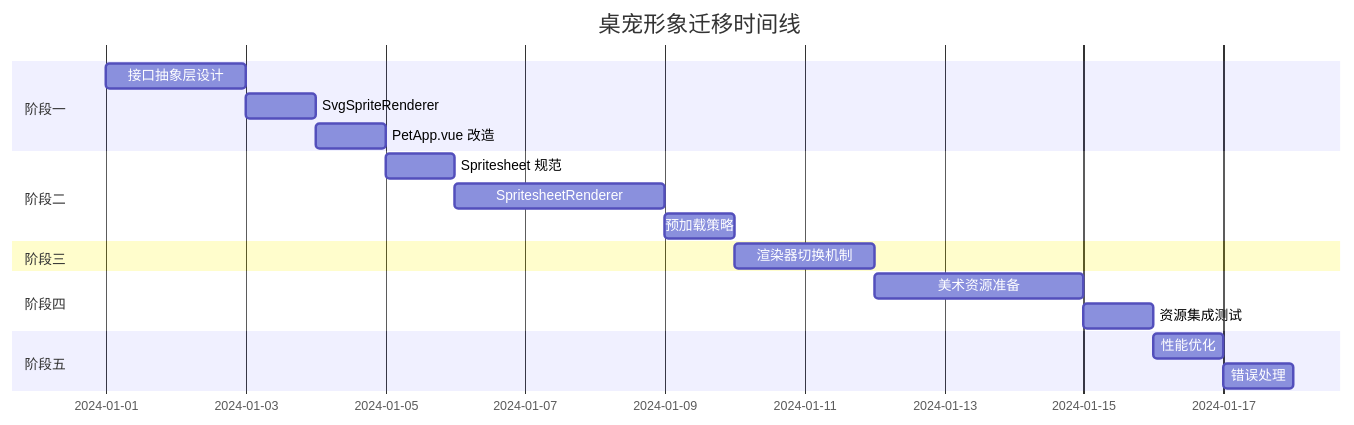
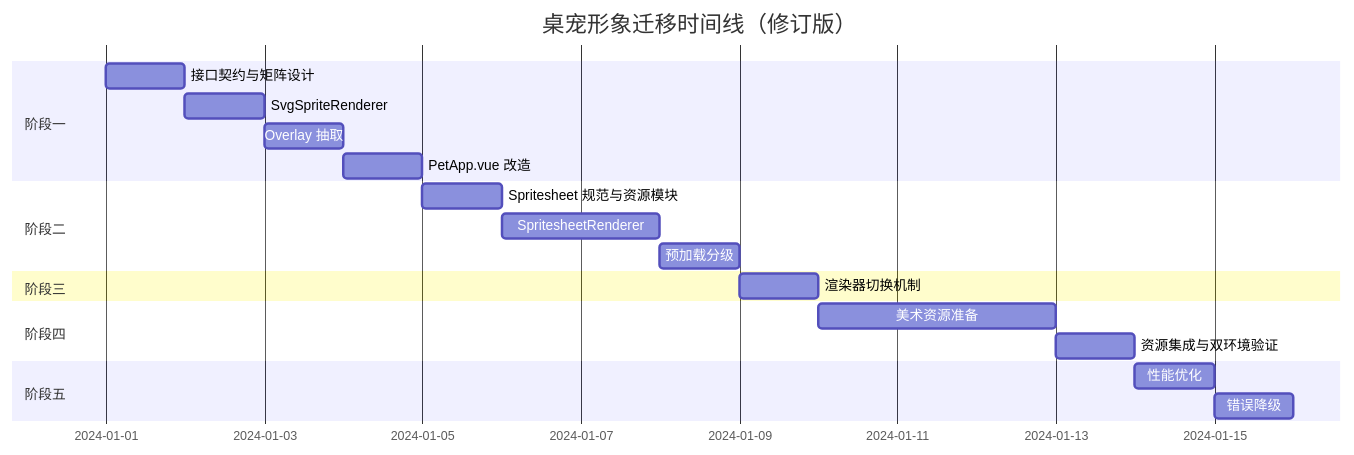
Before and after one commit to zjwan461/sassy-cat: the diagram in plans/pet-sprite-migration-plan.md, drawn with Mermaid. The commit also changed other lines of this file and 4 other files, not shown here.

````diff
--- a/plans/pet-sprite-migration-plan.md
+++ b/plans/pet-sprite-migration-plan.md
@@ -673,21 +717,22 @@
 ```mermaid
 gantt
-    title 桌宠形象迁移时间线
+    title 桌宠形象迁移时间线（修订版）
     dateFormat  YYYY-MM-DD
     section 阶段一
-    接口抽象层设计       :a1, 2024-01-01, 2d
-    SvgSpriteRenderer   :a2, after a1, 1d
-    PetApp.vue 改造      :a3, after a2, 1d
+    接口契约与矩阵设计     :a1, 2024-01-01, 1d
+    SvgSpriteRenderer      :a2, after a1, 1d
+    Overlay 抽取            :a3, after a2, 1d
+    PetApp.vue 改造         :a4, after a3, 1d
     section 阶段二
-    Spritesheet 规范     :b1, after a3, 1d
-    SpritesheetRenderer :b2, after b1, 3d
-    预加载策略           :b3, after b2, 1d
+    Spritesheet 规范与资源模块 :b1, after a4, 1d
+    SpritesheetRenderer    :b2, after b1, 2d
+    预加载分级              :b3, after b2, 1d
     section 阶段三
-    渲染器切换机制       :c1, after b3, 2d
+    渲染器切换机制          :c1, after b3, 1d
     section 阶段四
-    美术资源准备         :d1, after c1, 3d
-    资源集成测试         :d2, after d1, 1d
+    美术资源准备            :d1, after c1, 3d
+    资源集成与双环境验证     :d2, after d1, 1d
     section 阶段五
-    性能优化             :e1, after d2, 1d
-    错误处理             :e2, after e1, 1d
+    性能优化                :e1, after d2, 1d
+    错误降级                :e2, after e1, 1d
 ```
````
